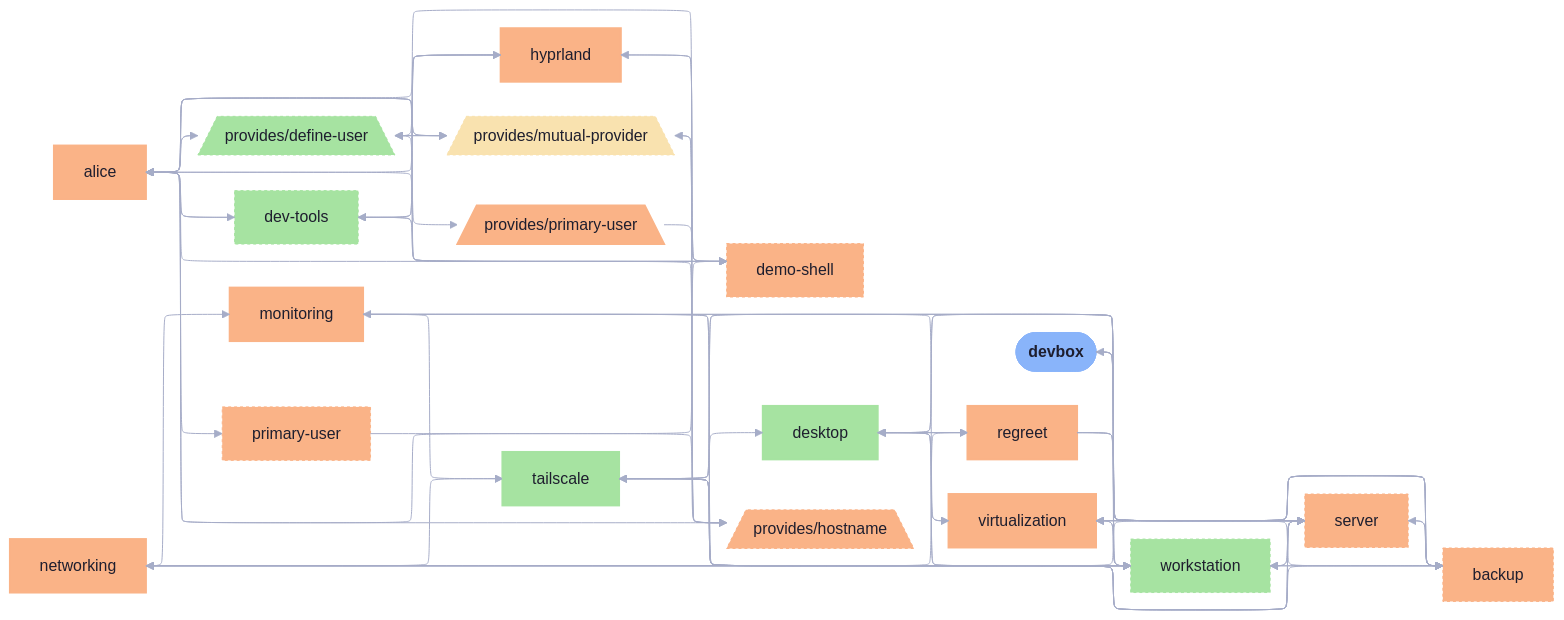
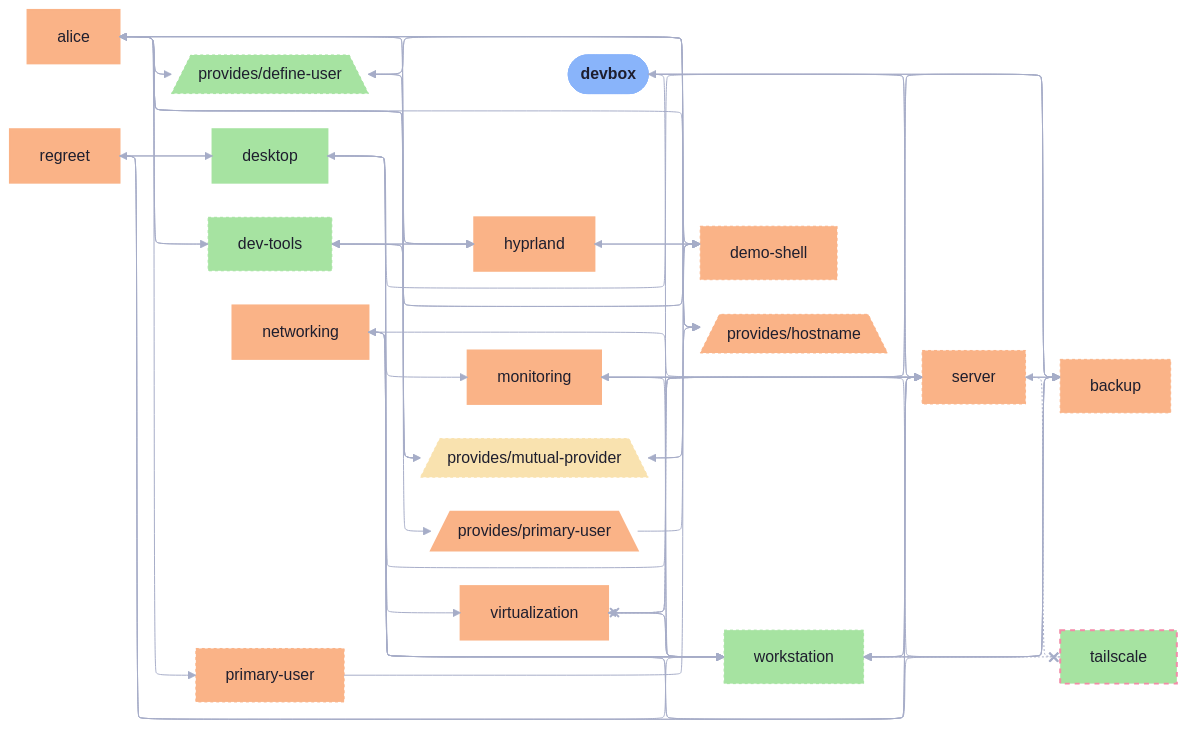
The diagram in templates/diag-fx-demo/diagrams/devbox-simple.md (sini/den), drawn with Mermaid before and after one commit. The commit also changed 526 other files, not shown here.

Commit message:
chore: update fx diagrams

````diff
--- a/templates/diag-fx-demo/diagrams/devbox-simple.md
+++ b/templates/diag-fx-demo/diagrams/devbox-simple.md
@@ -63,41 +63,33 @@
   networking --> backup
   regreet --> backup
   server --> backup
-  tailscale --> backup
   virtualization --> backup
   workstation --> backup
   monitoring --> server
   networking --> server
   regreet --> server
-  tailscale --> server
   virtualization --> server
   workstation --> server
   monitoring --> workstation
   networking --> workstation
   regreet --> workstation
   server --> workstation
-  tailscale --> workstation
   virtualization --> workstation
   hyprland --> dev_tools
   hyprland --> alice
   hyprland --> demo_shell
-  monitoring --> tailscale
   networking --> monitoring
-  networking --> tailscale
   primary_user --> demo_shell
   regreet --> desktop
   server --> monitoring
   server --> devbox
-  server --> virtualization
+  server -.-x virtualization
   server --> networking
-  server --> tailscale
-  tailscale --> desktop
-  tailscale --> regreet
-  tailscale --> virtualization
+  server -.-x tailscale
   workstation --> desktop
   workstation --> networking
   workstation --> virtualization
-  workstation --> tailscale
+  workstation -.-x tailscale
 
   classDef root fill:#89b4fa,stroke:#89b4fa,color:#1e1e2e,font-weight:bold
   classDef alice_c fill:#fab387,stroke:#fab387,color:#1e1e2e,stroke-width:2px
@@ -116,7 +108,7 @@
   classDef den__provides__primary_user_c fill:#fab387,stroke:#fab387,color:#1e1e2e,stroke-width:2px
   classDef regreet_c fill:#fab387,stroke:#fab387,color:#1e1e2e,stroke-width:2px
   classDef server_c fill:#fab387,stroke:#fab387,color:#1e1e2e,stroke-dasharray: 3 3,stroke-width:1px
-  classDef tailscale_c fill:#a6e3a1,stroke:#a6e3a1,color:#1e1e2e,stroke-width:2px
+  classDef tailscale_c fill:#a6e3a1,stroke:#f38ba8,color:#1e1e2e,stroke-dasharray: 5 5,stroke-width:2px
   classDef virtualization_c fill:#fab387,stroke:#fab387,color:#1e1e2e,stroke-width:2px
   classDef workstation_c fill:#a6e3a1,stroke:#a6e3a1,color:#1e1e2e,stroke-dasharray: 3 3,stroke-width:1px
 ```
````
